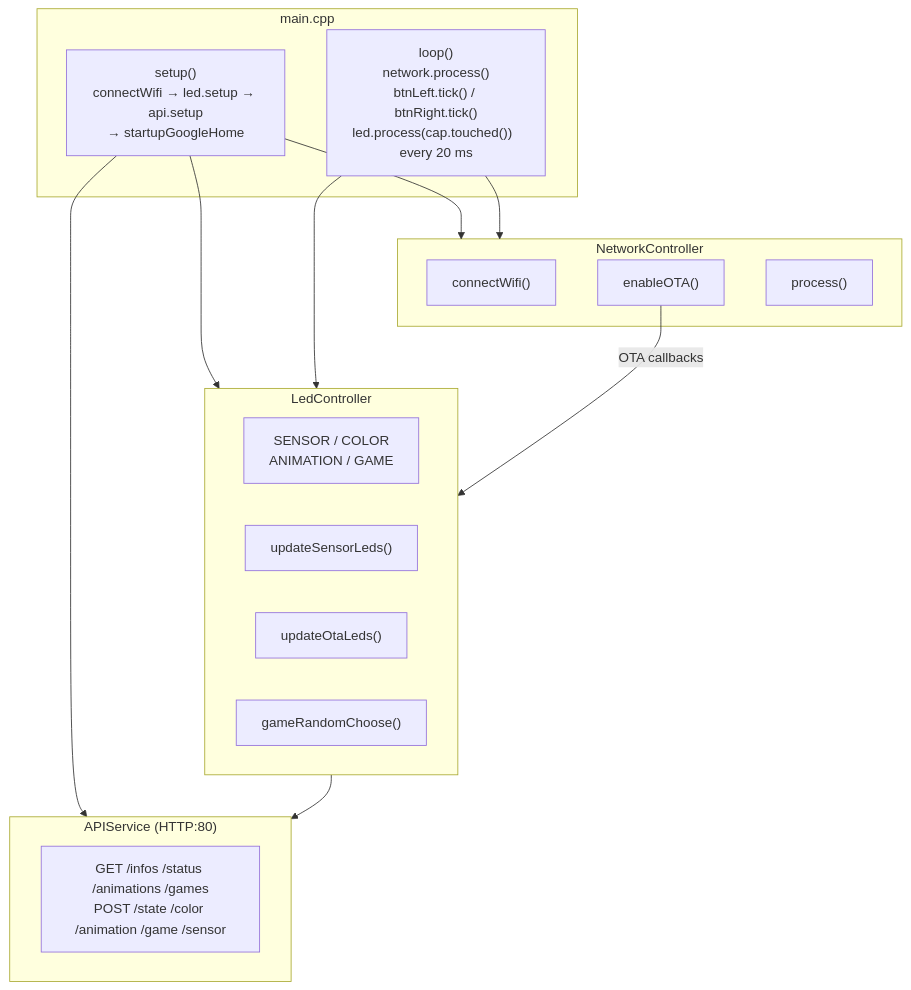
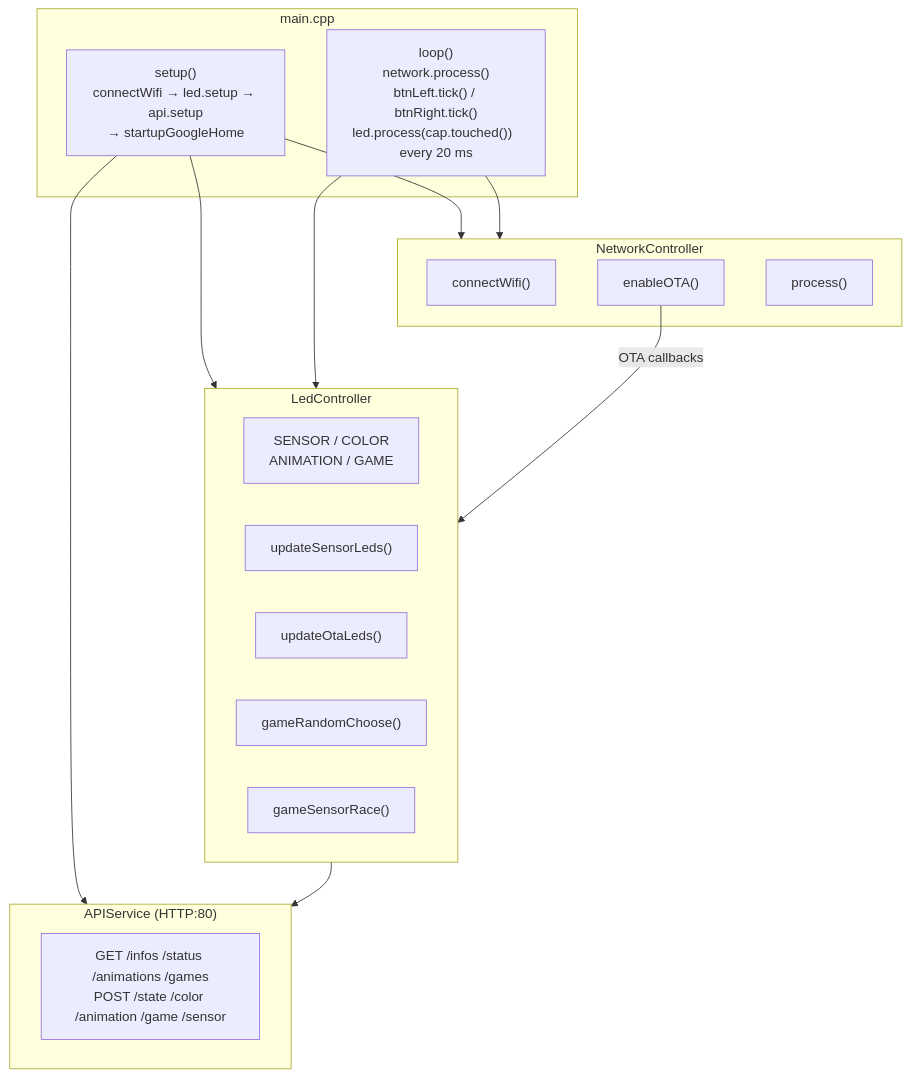
Before and after one commit to gdepuille/salon-table: the diagram in documentation/docs/architecture/overview.md, drawn with Mermaid. The commit also changed 5 other files, not shown here.

First line of the commit message:
docs: Document Sensor Race game and update animation details

````diff
--- a/documentation/docs/architecture/overview.md
+++ b/documentation/docs/architecture/overview.md
@@ -17,32 +17,33 @@
 ```mermaid
 flowchart TD
     subgraph main["main.cpp"]
         setup["setup()\nconnectWifi → led.setup → api.setup\n→ startupGoogleHome"]
         loop["loop()\nnetwork.process()\nbtnLeft.tick() / btnRight.tick()\nled.process(cap.touched())  every 20 ms"]
     end
 
     subgraph net["NetworkController"]
         connectWifi["connectWifi()"]
         enableOTA["enableOTA()"]
         netProcess["process()"]
     end
 
     subgraph led["LedController"]
         modes["SENSOR / COLOR\nANIMATION / GAME"]
         updateSensor["updateSensorLeds()"]
         updateOta["updateOtaLeds()"]
         gameRandom["gameRandomChoose()"]
+        gameRace["gameSensorRace()"]
     end
 
     subgraph api["APIService (HTTP:80)"]
         routes["GET /infos /status /animations /games\nPOST /state /color /animation /game /sensor"]
     end
 
     setup --> net
     setup --> led
     setup --> api
     loop --> net
     loop --> led
     enableOTA -- "OTA callbacks" --> led
     led --> api
 ```
````
